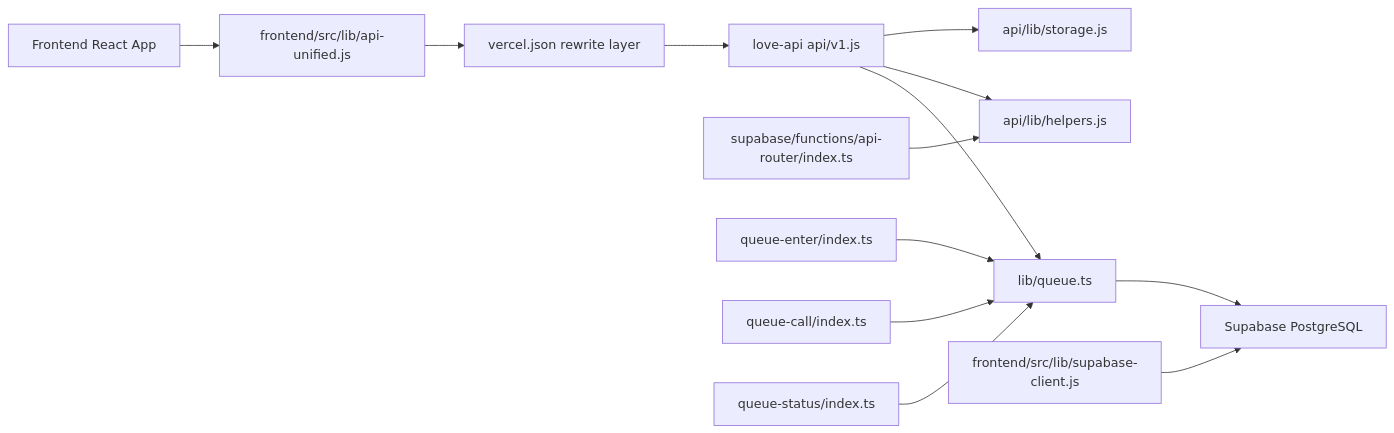
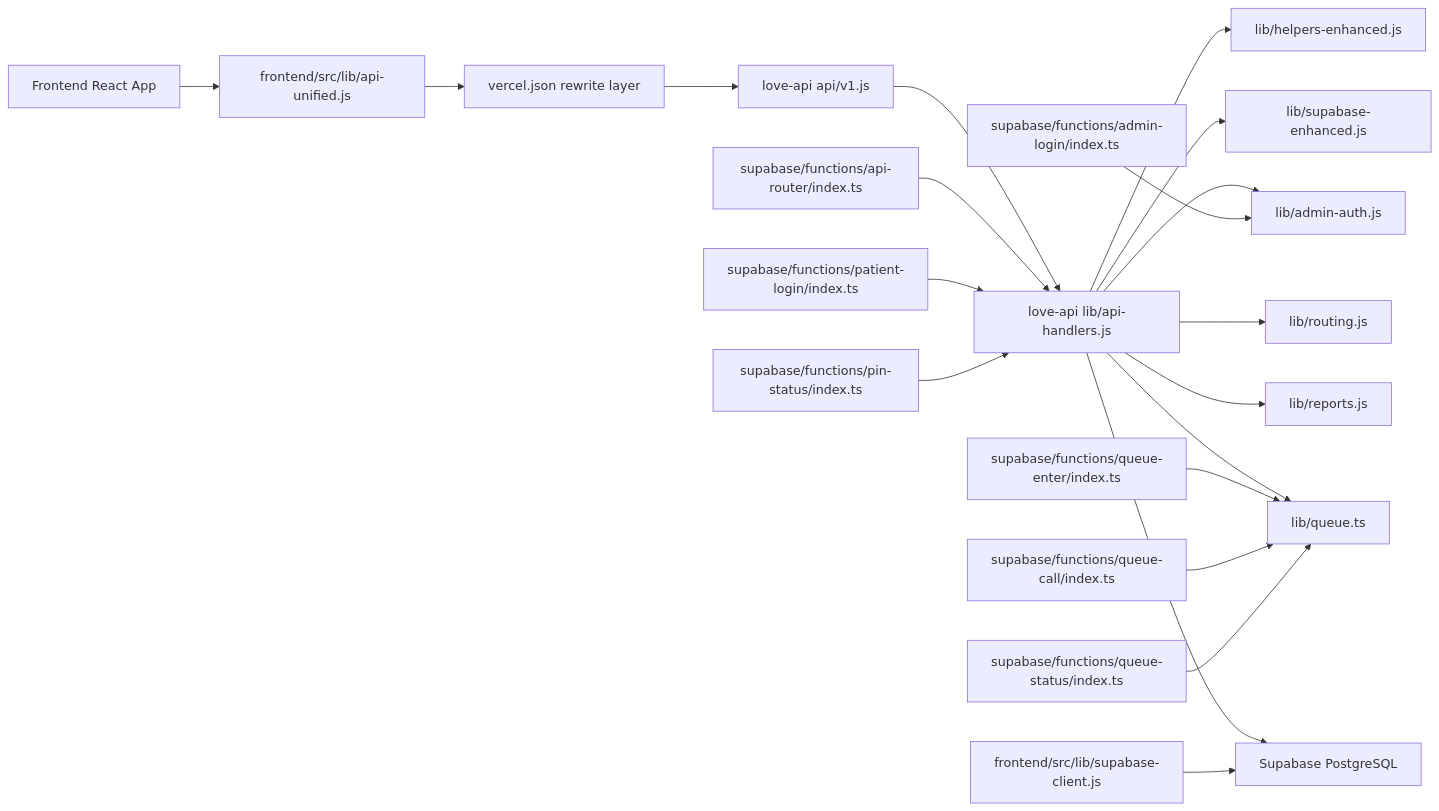
The diagram in docs/diagrams/combined-architecture.md (Bomussa/love), drawn with Mermaid before and after one commit. The commit also changed other lines of this file, not shown here.

Commit message:
docs: correct combined architecture paths

````diff
--- a/docs/diagrams/combined-architecture.md
+++ b/docs/diagrams/combined-architecture.md
@@ -3,15 +3,23 @@
 ```mermaid
 flowchart LR
-BROWSER[Frontend React App] --> APIU[frontend/src/lib/api-unified.js]
-APIU --> VERCEL[vercel.json rewrite layer]
-VERCEL --> BACKEND[love-api api/v1.js]
-BACKEND --> QUEUE[lib/queue.ts]
-BACKEND --> HELPERS[api/lib/helpers.js]
-BACKEND --> STORAGE[api/lib/storage.js]
-QUEUE --> DB[Supabase PostgreSQL]
-SUPA[frontend/src/lib/supabase-client.js] --> DB
-ROUTER[supabase/functions/api-router/index.ts] --> HELPERS
-QUEUE_ENTER[queue-enter/index.ts] --> QUEUE
-QUEUE_CALL[queue-call/index.ts] --> QUEUE
-QUEUE_STATUS[queue-status/index.ts] --> QUEUE
+  BROWSER[Frontend React App] --> APIU[frontend/src/lib/api-unified.js]
+  APIU --> VERCEL[vercel.json rewrite layer]
+  VERCEL --> V1[love-api api/v1.js]
+  V1 --> HANDLERS[love-api lib/api-handlers.js]
+  HANDLERS --> HELPERS[lib/helpers-enhanced.js]
+  HANDLERS --> SUPA[lib/supabase-enhanced.js]
+  HANDLERS --> AUTH[lib/admin-auth.js]
+  HANDLERS --> ROUTING[lib/routing.js]
+  HANDLERS --> REPORTS[lib/reports.js]
+  HANDLERS --> QUEUE[lib/queue.ts]
+  HANDLERS --> DB[Supabase PostgreSQL]
+
+  SUPA_CLIENT[frontend/src/lib/supabase-client.js] --> DB
+  API_ROUTER[supabase/functions/api-router/index.ts] --> HANDLERS
+  ADMIN_LOGIN[supabase/functions/admin-login/index.ts] --> AUTH
+  PATIENT_LOGIN[supabase/functions/patient-login/index.ts] --> HANDLERS
+  PIN_STATUS[supabase/functions/pin-status/index.ts] --> HANDLERS
+  QUEUE_ENTER[supabase/functions/queue-enter/index.ts] --> QUEUE
+  QUEUE_CALL[supabase/functions/queue-call/index.ts] --> QUEUE
+  QUEUE_STATUS[supabase/functions/queue-status/index.ts] --> QUEUE
 ```
````
